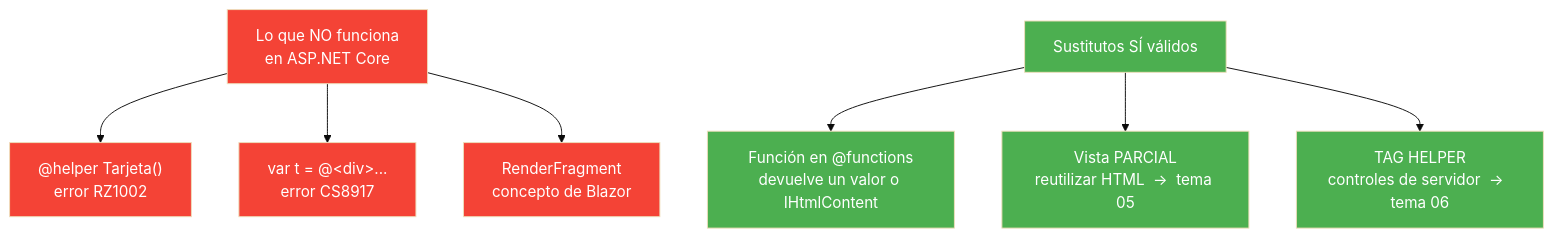
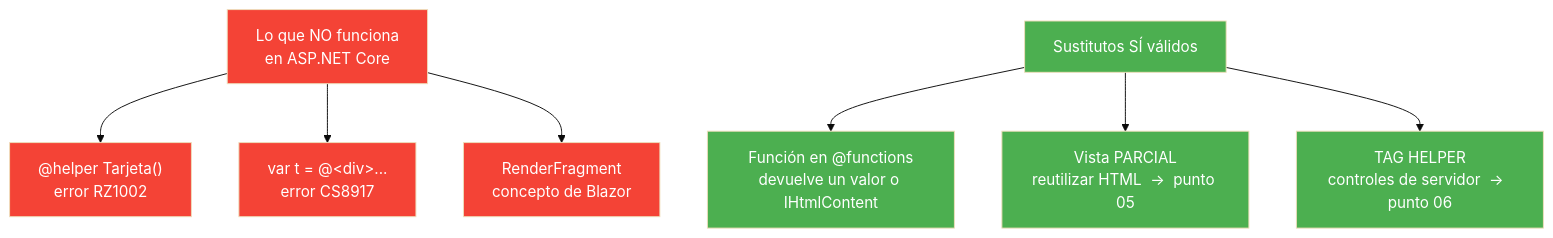
Before and after one commit to joseluisgs/DesarrolloWebEntornosServidor-03-2026-2027: the fourth of 4 diagrams in 04-funciones-metodos.md, drawn with Mermaid (base theme). The commit also changed other lines of this file and 24 other files, not shown here.

````diff
--- a/04-funciones-metodos.md
+++ b/04-funciones-metodos.md
@@ -490,19 +490,19 @@
 ```mermaid
 graph TD
     A["Lo que NO funciona<br/>en ASP.NET Core"] --> B["@helper Tarjeta()<br/>error RZ1002"]
     A --> C["var t = @&lt;div&gt;...<br/>error CS8917"]
     A --> D["RenderFragment<br/>concepto de Blazor"]
 
     E["Sustitutos SÍ válidos"] --> F["Función en @functions<br/>devuelve un valor o IHtmlContent"]
-    E --> G["Vista PARCIAL<br/>reutilizar HTML  →  tema 05"]
-    E --> H["TAG HELPER<br/>controles de servidor  →  tema 06"]
+    E --> G["Vista PARCIAL<br/>reutilizar HTML  →  punto 05"]
+    E --> H["TAG HELPER<br/>controles de servidor  →  punto 06"]
 
     style A fill:#f44336,color:#fff
     style B fill:#f44336,color:#fff
     style C fill:#f44336,color:#fff
     style D fill:#f44336,color:#fff
     style E fill:#4CAF50,color:#fff
     style F fill:#4CAF50,color:#fff
     style G fill:#4CAF50,color:#fff
     style H fill:#4CAF50,color:#fff
 ```
````
